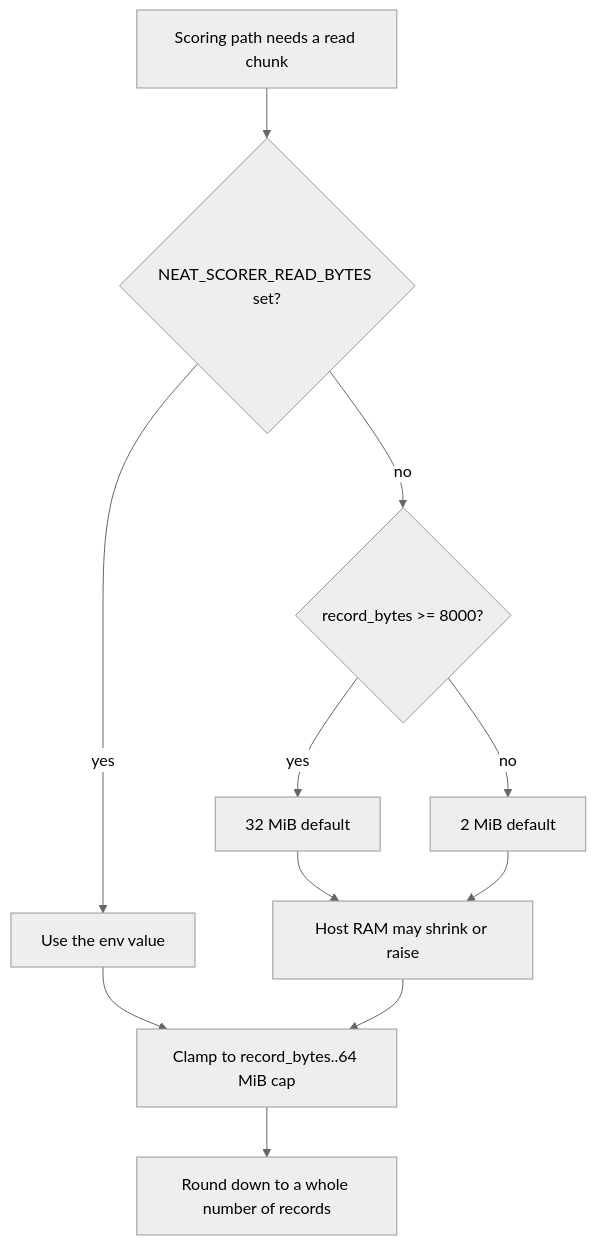
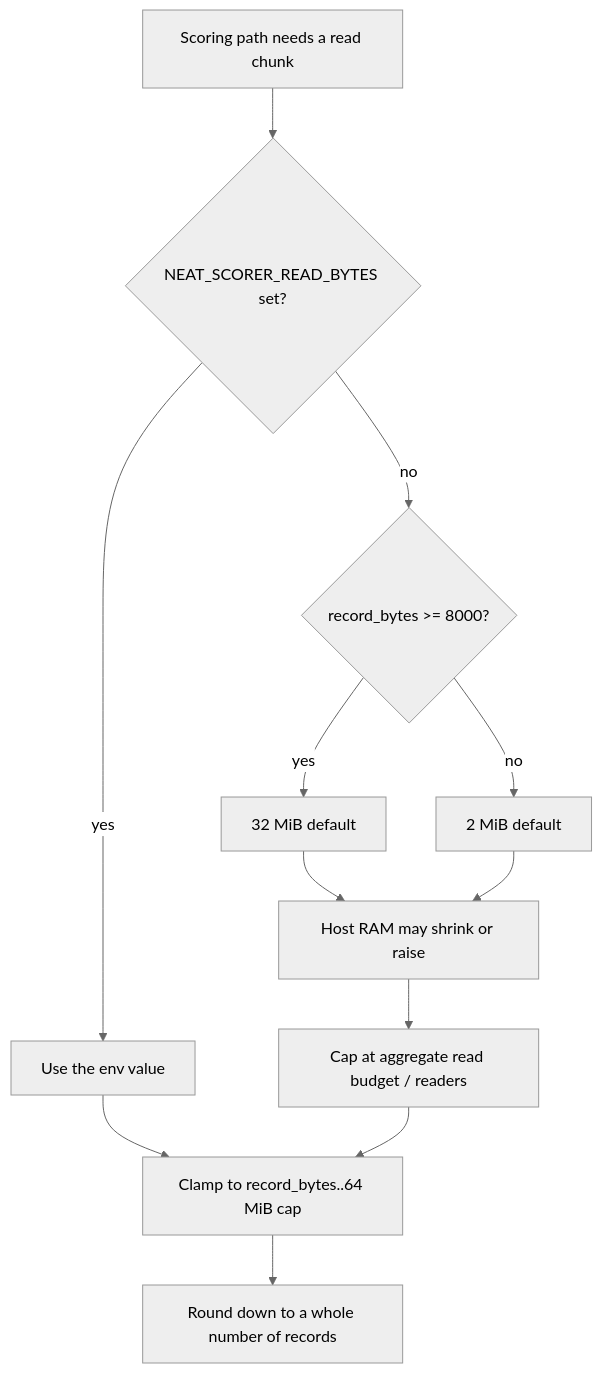
Before and after one commit to stSoftwareAU/NEAT-AI-scorer: the ninth of 19 diagrams in README.md, drawn with Mermaid (neutral theme). The commit also changed other lines of this file and 31 other files, not shown here.

````diff
--- a/README.md
+++ b/README.md
@@ -649,13 +868,14 @@
 ```mermaid
 flowchart TD
     A[Scoring path needs a read chunk] --> B{NEAT_SCORER_READ_BYTES set?}
     B -- yes --> C[Use the env value]
     B -- no --> D{record_bytes >= 8000?}
     D -- yes --> E[32 MiB default]
     D -- no --> F[2 MiB default]
     C --> G[Clamp to record_bytes..64 MiB cap]
     E --> H[Host RAM may shrink or raise]
     F --> H
-    H --> G
+    H --> J[Cap at aggregate read budget / readers]
+    J --> G
     G --> I[Round down to a whole number of records]
 ```
````
